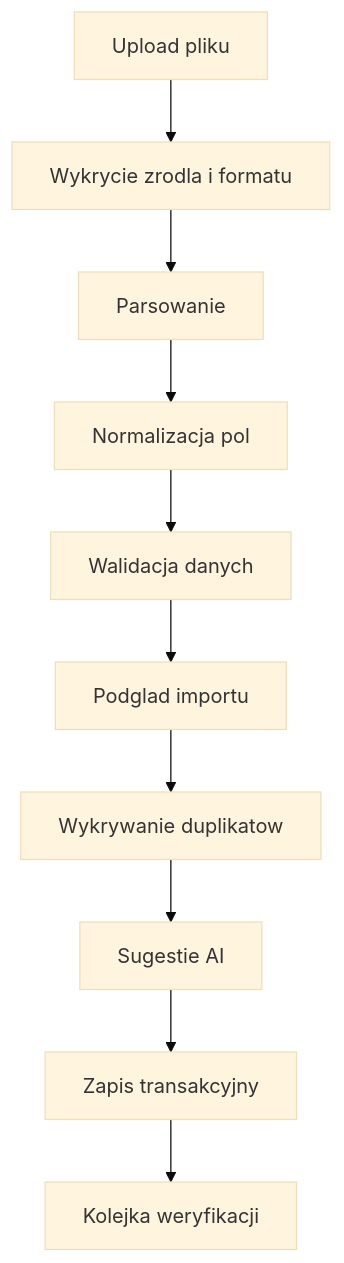
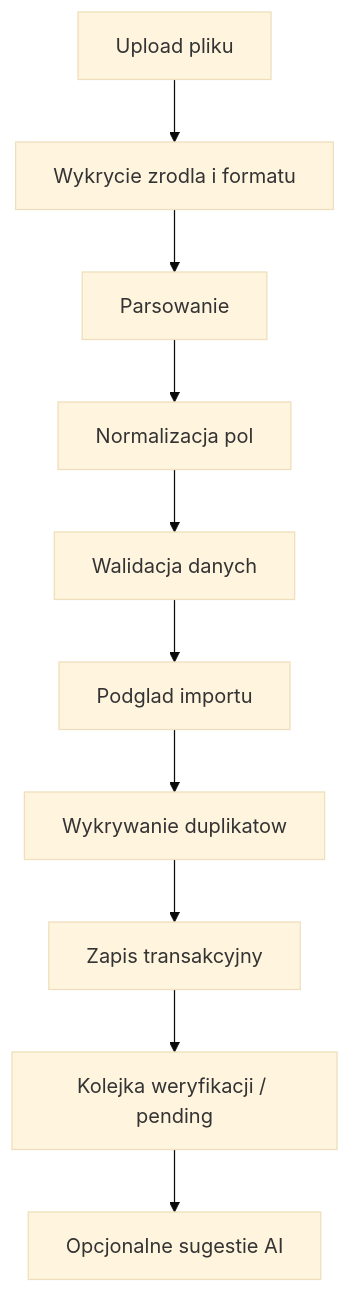
The second of 4 diagrams in docs/04_ARCHITECTURE.md (ig0k0/aplikacja-finansowa), drawn with Mermaid (base theme) before and after one commit. The commit also changed other lines of this file and 67 other files, not shown here.

````diff
--- a/docs/04_ARCHITECTURE.md
+++ b/docs/04_ARCHITECTURE.md
@@ -101,12 +101,12 @@
 ```mermaid
 flowchart TD
   upload["Upload pliku"] --> detect["Wykrycie zrodla i formatu"]
   detect --> parse["Parsowanie"]
   parse --> normalize["Normalizacja pol"]
   normalize --> validate["Walidacja danych"]
   validate --> preview["Podglad importu"]
   preview --> dedupe["Wykrywanie duplikatow"]
-  dedupe --> aiSuggest["Sugestie AI"]
-  aiSuggest --> save["Zapis transakcyjny"]
-  save --> review["Kolejka weryfikacji"]
+  dedupe --> save["Zapis transakcyjny"]
+  save --> review["Kolejka weryfikacji / pending"]
+  review --> aiSuggest["Opcjonalne sugestie AI"]
 ```
````
